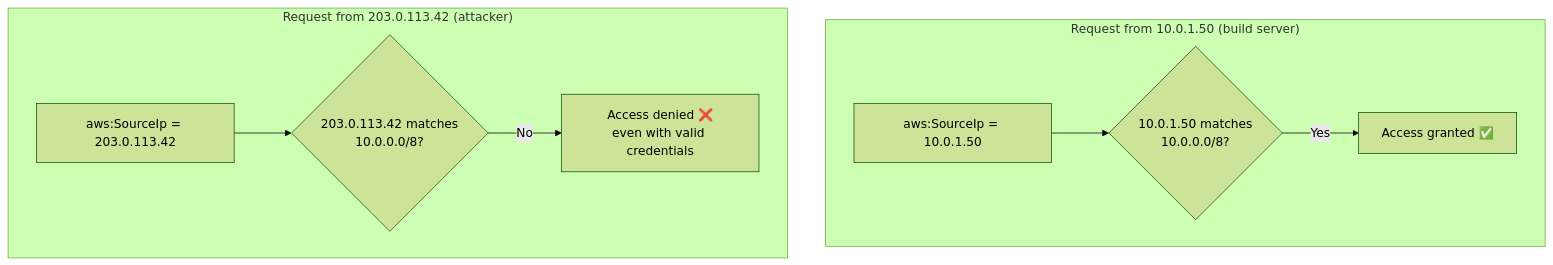
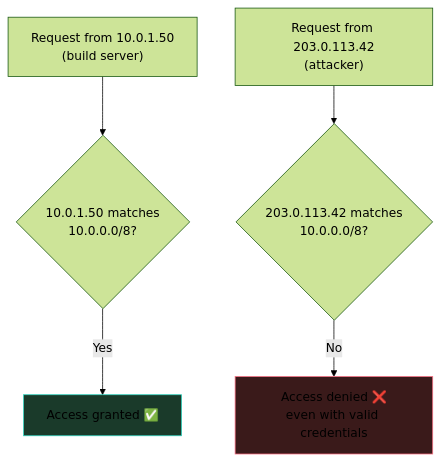
The second of 5 diagrams in docs/product/auth/32-iam-conditions.md (beshu-tech/deltaglider_proxy), drawn with Mermaid (forest theme) before and after one commit. The commit also changed other lines of this file and 2 other files, not shown here.

````diff
--- a/docs/product/auth/32-iam-conditions.md
+++ b/docs/product/auth/32-iam-conditions.md
@@ -52,12 +52,11 @@
 ```mermaid
-graph TD
-    subgraph R1["Request from 10.0.1.50 (build server)"]
-        A1["aws:SourceIp = 10.0.1.50"] --> B1{"10.0.1.50 matches<br/>10.0.0.0/8?"}
-        B1 -- "Yes" --> C1["Access granted ✅"]
-    end
+flowchart TD
+    A1["Request from 10.0.1.50<br/>(build server)"] --> B1{"10.0.1.50 matches<br/>10.0.0.0/8?"}
+    B1 -- "Yes" --> C1["Access granted ✅"]
 
-    subgraph R2["Request from 203.0.113.42 (attacker)"]
-        A2["aws:SourceIp = 203.0.113.42"] --> B2{"203.0.113.42 matches<br/>10.0.0.0/8?"}
-        B2 -- "No" --> C2["Access denied ❌<br/>even with valid credentials"]
-    end
+    A2["Request from 203.0.113.42<br/>(attacker)"] --> B2{"203.0.113.42 matches<br/>10.0.0.0/8?"}
+    B2 -- "No" --> C2["Access denied ❌<br/>even with valid credentials"]
+
+    style C1 fill:#1a3a2a,stroke:#2dd4bf
+    style C2 fill:#3a1a1a,stroke:#fb7185
 ```
````
